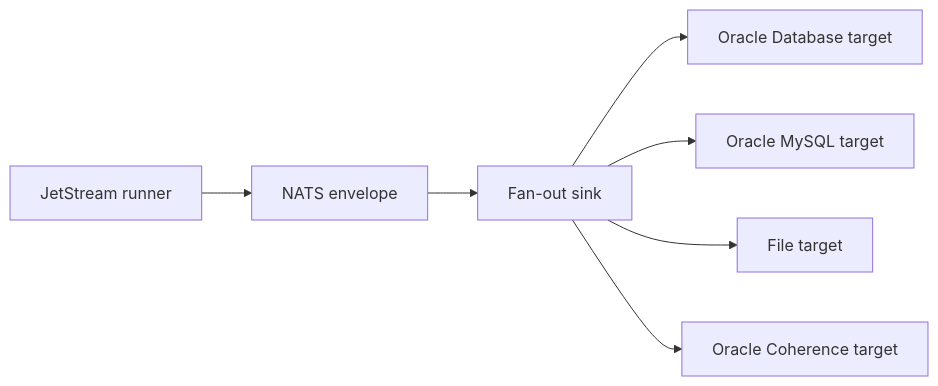
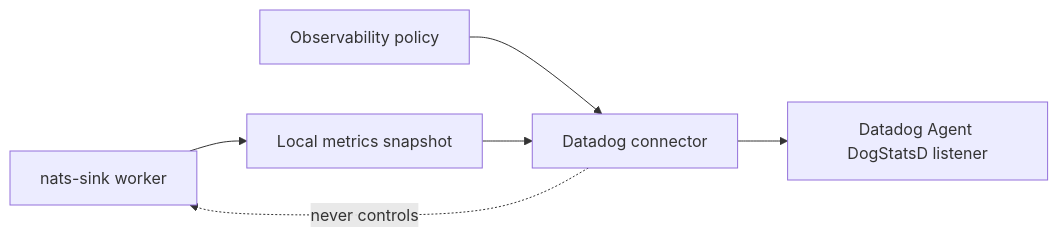
The diagram in docs/test-report.md (ProjectCuillin/nats-sinks), drawn with Mermaid before and after one commit. The commit also changed other lines of this file and 24 other files, not shown here.

Commit message:
Add Datadog observability connector

````diff
--- a/docs/test-report.md
+++ b/docs/test-report.md
@@ -32,9 +31,8 @@
 ```mermaid
 flowchart LR
-    Runner[JetStream runner] --> Envelope[NATS envelope]
-    Envelope --> Fanout[Fan-out sink]
-    Fanout --> Oracle[Oracle Database target]
-    Fanout --> MySQL[Oracle MySQL target]
-    Fanout --> File[File target]
-    Fanout --> Coherence[Oracle Coherence target]
+    Runner[nats-sink worker] --> Snapshot[Local metrics snapshot]
+    Policy[Observability policy] --> Datadog[Datadog connector]
+    Snapshot --> Datadog
+    Datadog --> Agent[Datadog Agent DogStatsD listener]
+    Datadog -. never controls .-> Runner
 ```
````
